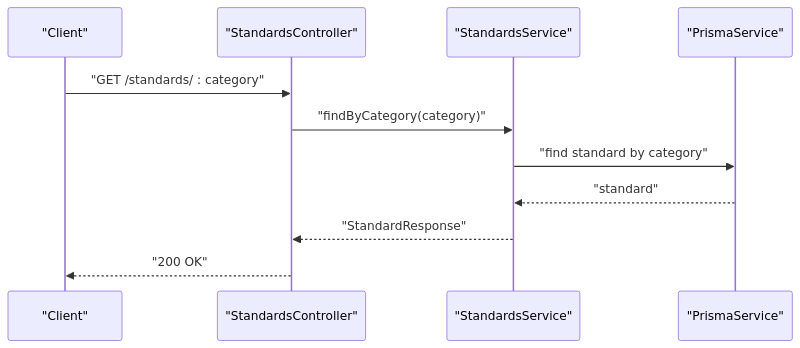
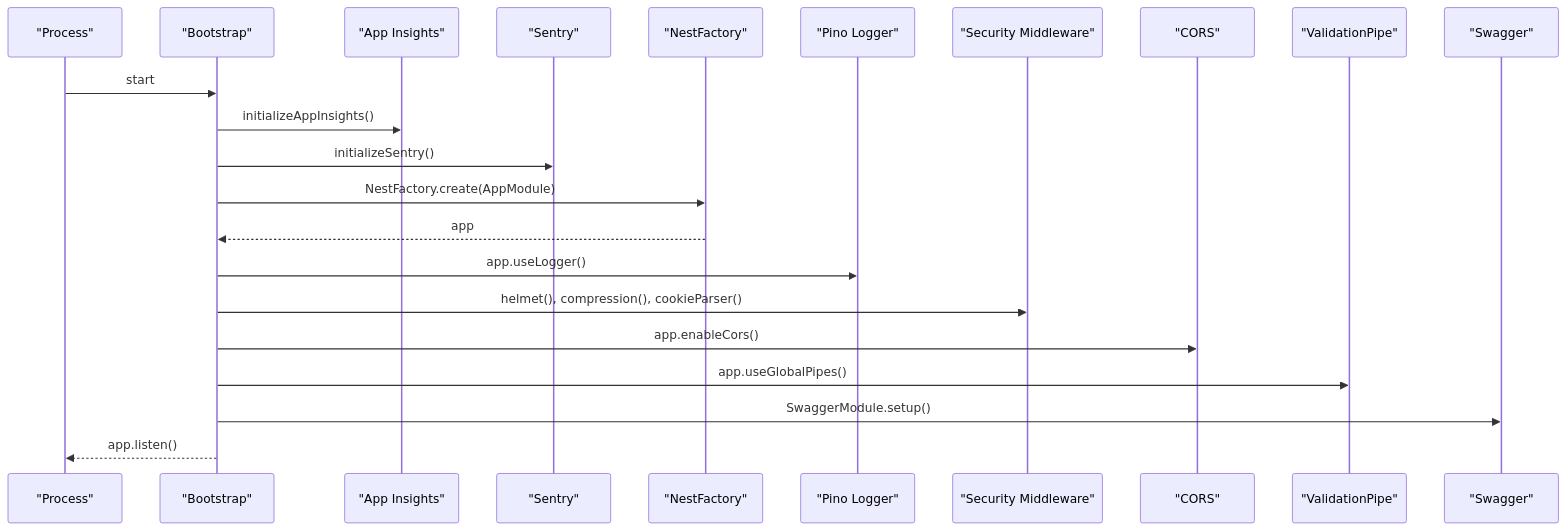
The third of 9 diagrams in .qoder/repowiki/en/content/Architecture Overview/Architecture Overview.md (BAS-More/Quiz2Biz), drawn with Mermaid before and after one commit. The commit also changed other lines of this file and 191 other files, not shown here.

````diff
--- a/.qoder/repowiki/en/content/Architecture Overview/Architecture Overview.md
+++ b/.qoder/repowiki/en/content/Architecture Overview/Architecture Overview.md
@@ -352,13 +156,24 @@
 ```mermaid
 sequenceDiagram
-participant Client as "Client"
-participant Controller as "StandardsController"
-participant Service as "StandardsService"
-participant DB as "PrismaService"
-Client->>Controller : "GET /standards/ : category"
-Controller->>Service : "findByCategory(category)"
-Service->>DB : "find standard by category"
-DB-->>Service : "standard"
-Service-->>Controller : "StandardResponse"
-Controller-->>Client : "200 OK"
+participant Proc as "Process"
+participant Boot as "Bootstrap"
+participant AI as "App Insights"
+participant Sentry as "Sentry"
+participant Nest as "NestFactory"
+participant Pino as "Pino Logger"
+participant Sec as "Security Middleware"
+participant CORS as "CORS"
+participant Pipe as "ValidationPipe"
+participant Docs as "Swagger"
+Proc->>Boot : start
+Boot->>AI : initializeAppInsights()
+Boot->>Sentry : initializeSentry()
+Boot->>Nest : NestFactory.create(AppModule)
+Nest-->>Boot : app
+Boot->>Pino : app.useLogger()
+Boot->>Sec : helmet(), compression(), cookieParser()
+Boot->>CORS : app.enableCors()
+Boot->>Pipe : app.useGlobalPipes()
+Boot->>Docs : SwaggerModule.setup()
+Boot-->>Proc : app.listen()
 ```
````
